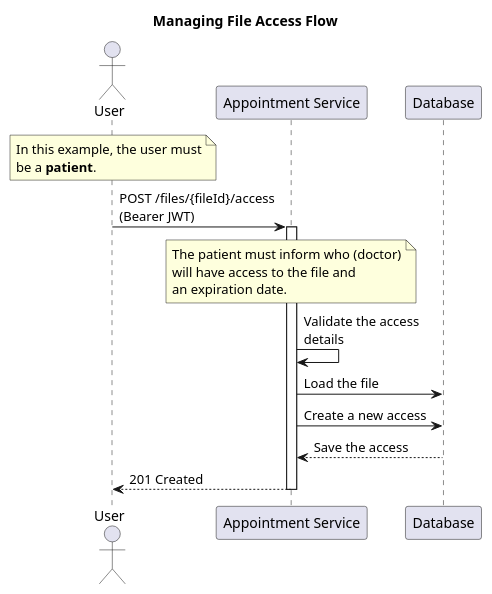
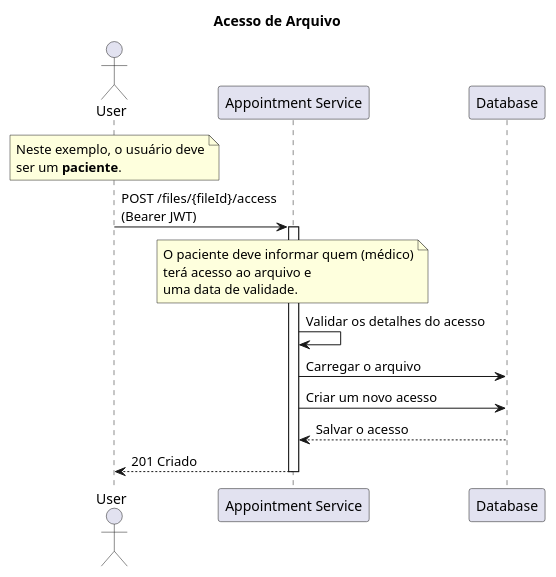
Before and after one commit to jfelipearaujo-healthmed/appointment-service: the diagram in docs/file_access.puml, drawn with PlantUML. The commit also changed 20 other files, not shown here.

```diff
--- a/docs/file_access.puml
+++ b/docs/file_access.puml
@@ -1,31 +1,31 @@
 @startuml file_access
 
-title Managing File Access Flow
+title Acesso de Arquivo
 
 actor "User" as user
 participant "Appointment Service" as appointment_service
 participant "Database" as database
 
 note over user
-In this example, the user must
-be a **patient**.
+Neste exemplo, o usuário deve
+ser um **paciente**.
 end note
 
 user -> appointment_service: POST /files/{fileId}/access\n(Bearer JWT)
 
 activate appointment_service
 
 note over appointment_service
-The patient must inform who (doctor)
-will have access to the file and
-an expiration date.
+O paciente deve informar quem (médico)
+terá acesso ao arquivo e
+uma data de validade.
 end note
 
-appointment_service -> appointment_service: Validate the access\ndetails
-appointment_service -> database: Load the file
-appointment_service -> database: Create a new access
-database --> appointment_service: Save the access
-appointment_service --> user: 201 Created
+appointment_service -> appointment_service: Validar os detalhes do acesso
+appointment_service -> database: Carregar o arquivo
+appointment_service -> database: Criar um novo acesso
+database --> appointment_service: Salvar o acesso
+appointment_service --> user: 201 Criado
 deactivate appointment_service
 
 @enduml
```
